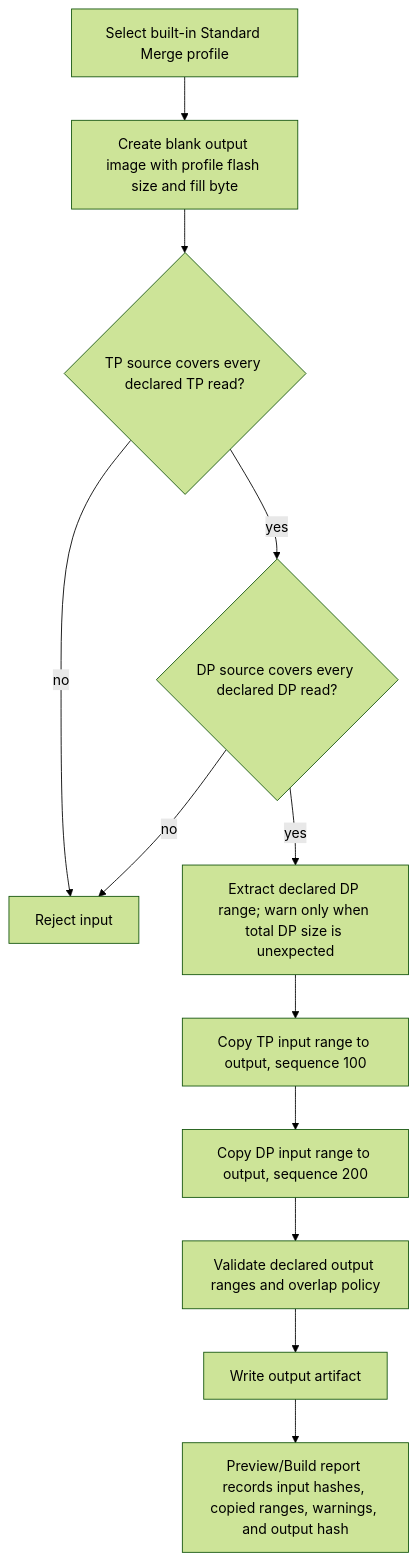
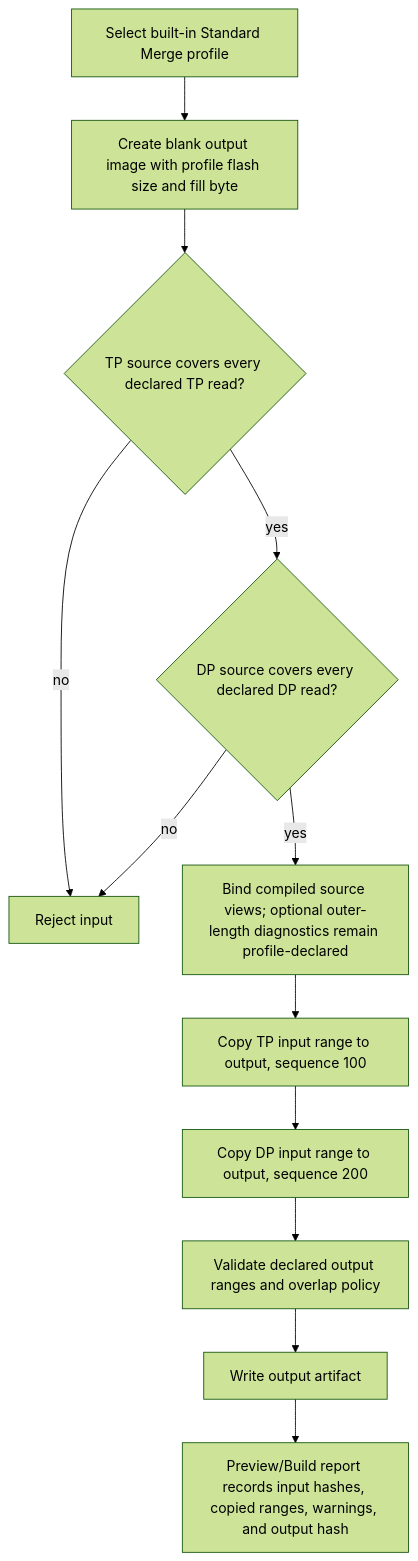
The second of 14 diagrams in docs/architecture/ic-workflow-flowcharts.md (Dennis40816/nvt_fw_combiner), drawn with Mermaid (forest theme) before and after one commit. The commit also changed other lines of this file and 103 other files, not shown here.

````diff
--- a/docs/architecture/ic-workflow-flowcharts.md
+++ b/docs/architecture/ic-workflow-flowcharts.md
@@ -124,14 +124,14 @@
 ```mermaid
 flowchart TD
     A["Select built-in Standard Merge profile"] --> B["Create blank output image with profile flash size and fill byte"]
     B --> C{"TP source covers every declared TP read?"}
     C -- "no" --> D["Reject input"]
     C -- "yes" --> E{"DP source covers every declared DP read?"}
     E -- "no" --> D
-    E -- "yes" --> F["Extract declared DP range; warn only when total DP size is unexpected"]
+    E -- "yes" --> F["Bind compiled source views; optional outer-length diagnostics remain profile-declared"]
     F --> G["Copy TP input range to output, sequence 100"]
     G --> H["Copy DP input range to output, sequence 200"]
     H --> I["Validate declared output ranges and overlap policy"]
     I --> J["Write output artifact"]
     J --> K["Preview/Build report records input hashes, copied ranges, warnings, and output hash"]
 ```
````
